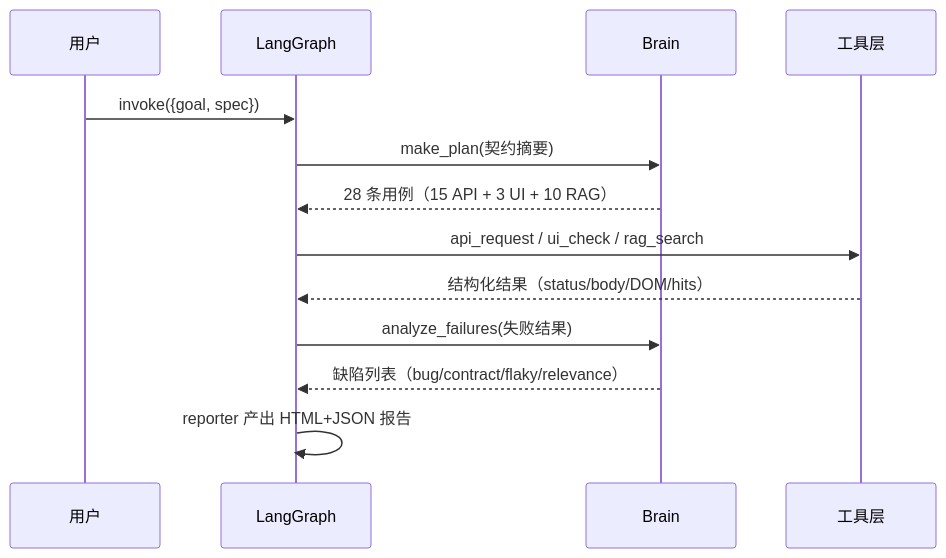
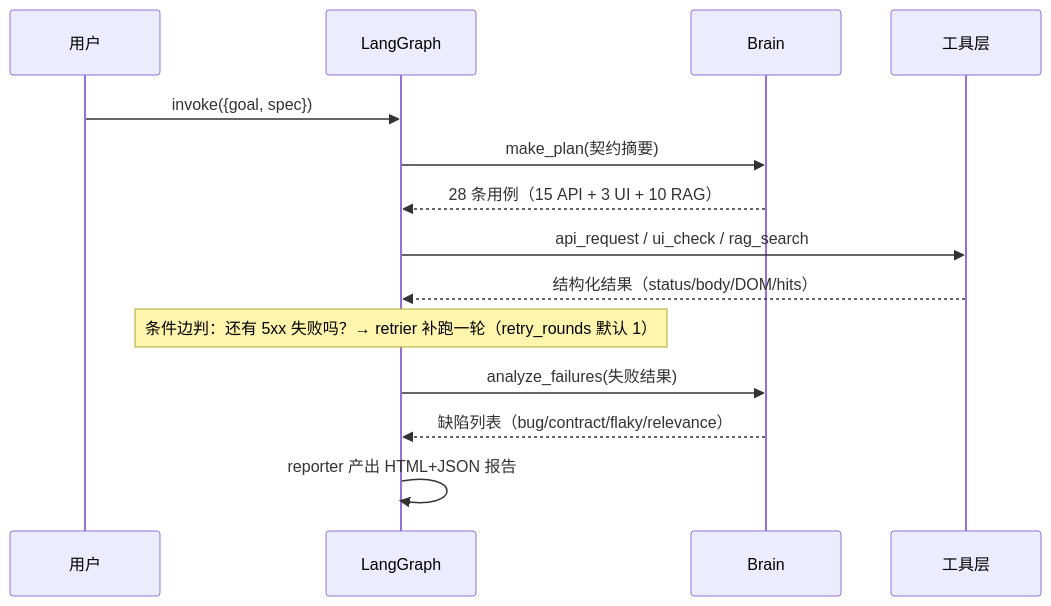
One commit to lefan17/agent-test-hub changed the third of 3 diagrams in README.md. Above: the diagram before and after it, drawn with Mermaid. The commit also changed other lines of this file and 4 other files, not shown here.

````diff
--- a/README.md
+++ b/README.md
@@ -554,15 +587,16 @@
 ```mermaid
 sequenceDiagram
     participant U as 用户
     participant G as LangGraph
     participant B as Brain
     participant T as 工具层
     U->>G: invoke({goal, spec})
     G->>B: make_plan(契约摘要)
     B-->>G: 28 条用例（15 API + 3 UI + 10 RAG）
     G->>T: api_request / ui_check / rag_search
     T-->>G: 结构化结果（status/body/DOM/hits）
+    Note over G: 条件边判：还有 5xx 失败吗？→ retrier 补跑一轮（retry_rounds 默认 1）
     G->>B: analyze_failures(失败结果)
     B-->>G: 缺陷列表（bug/contract/flaky/relevance）
     G->>G: reporter 产出 HTML+JSON 报告
 ```
````
